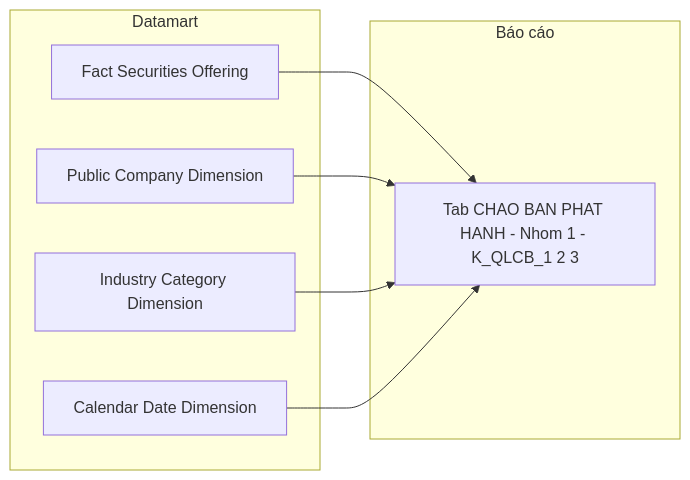
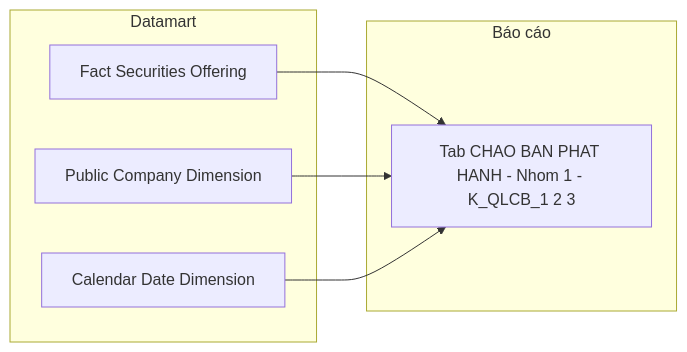
One commit to linhlvit/ubck_atomic_design changed the fifth of 21 diagrams in Datamart/hld/DTM_QLCB_HLD.md. Above: the diagram before and after it, drawn with Mermaid. The commit also changed other lines of this file and 4 other files, not shown here.

````diff
--- a/Datamart/hld/DTM_QLCB_HLD.md
+++ b/Datamart/hld/DTM_QLCB_HLD.md
@@ -252,16 +254,14 @@
 ```mermaid
 flowchart LR
     subgraph Datamart["Datamart"]
         G1["Fact Securities Offering"]
         G2["Public Company Dimension"]
-        G3["Industry Category Dimension"]
         G4["Calendar Date Dimension"]
     end
     subgraph RPT["Báo cáo"]
         R1["Tab CHAO BAN PHAT HANH - Nhom 1 - K_QLCB_1 2 3"]
     end
     G1 --> R1
     G2 --> R1
-    G3 --> R1
     G4 --> R1
 ```
````
